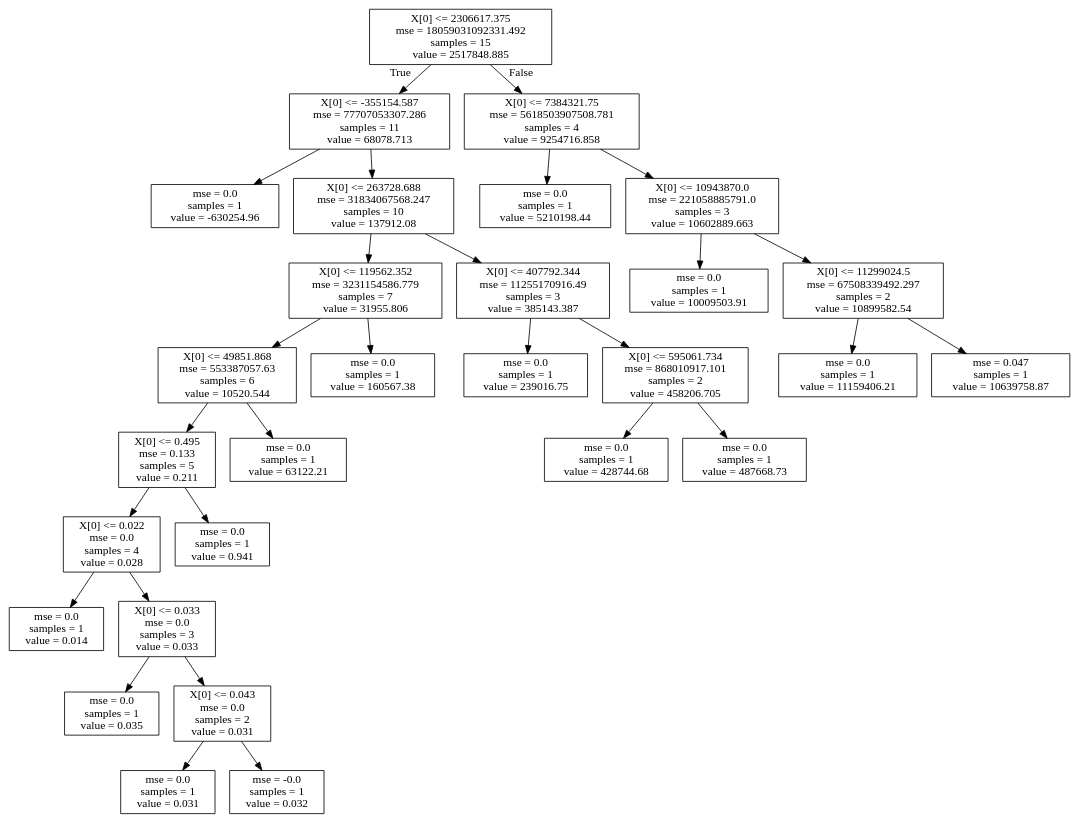
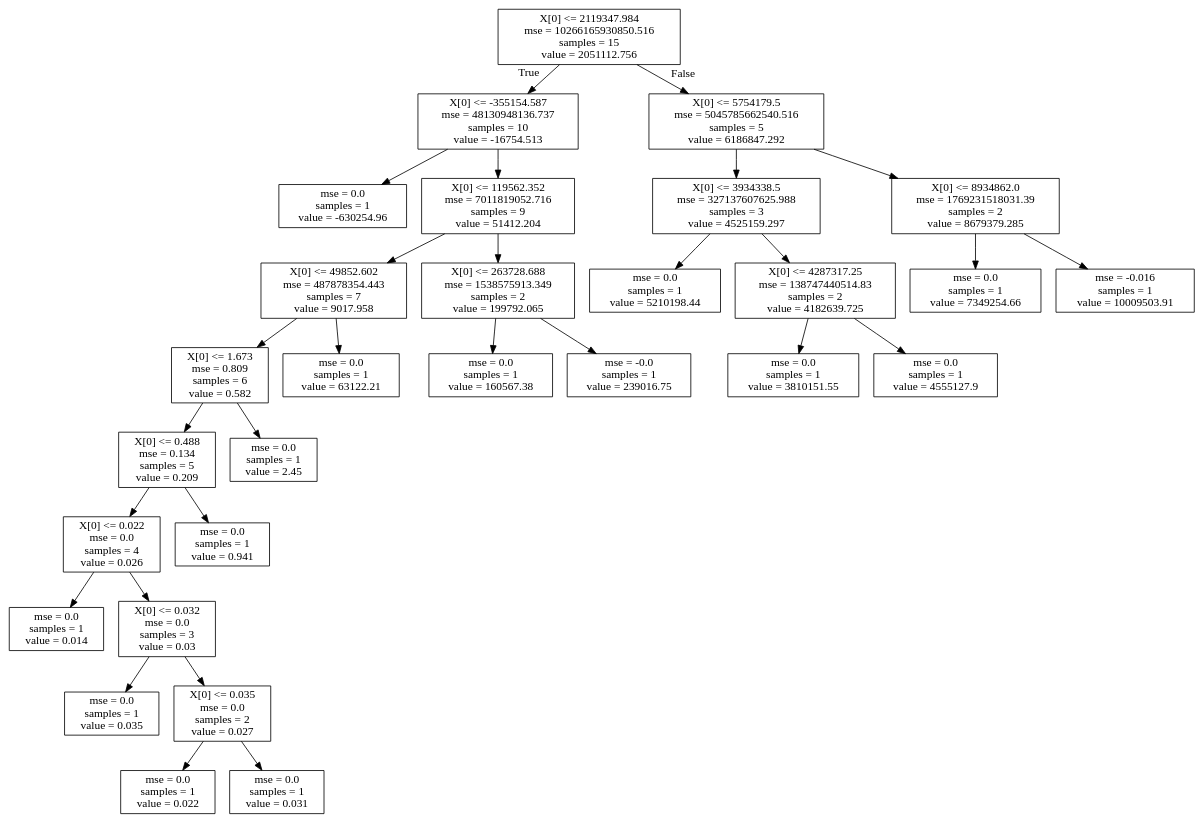
One commit to Dimitrios-Mourtzilas/Business-Strategy changed the diagram in dot_tree.dot. Above: the diagram before and after it, drawn with Graphviz. The commit also changed 6 other files, not shown here.

```diff
--- a/dot_tree.dot
+++ b/dot_tree.dot
@@ -1,60 +1,60 @@
 digraph Tree {
 node [shape=box] ;
-0 [label="X[0] <= 2306617.375\nmse = 18059031092331.492\nsamples = 15\nvalue = 2517848.885"] ;
-1 [label="X[0] <= -355154.587\nmse = 77707053307.286\nsamples = 11\nvalue = 68078.713"] ;
+0 [label="X[0] <= 2119347.984\nmse = 10266165930850.516\nsamples = 15\nvalue = 2051112.756"] ;
+1 [label="X[0] <= -355154.587\nmse = 48130948136.737\nsamples = 10\nvalue = -16754.513"] ;
 0 -> 1 [labeldistance=2.5, labelangle=45, headlabel="True"] ;
 2 [label="mse = 0.0\nsamples = 1\nvalue = -630254.96"] ;
 1 -> 2 ;
-3 [label="X[0] <= 263728.688\nmse = 31834067568.247\nsamples = 10\nvalue = 137912.08"] ;
+3 [label="X[0] <= 119562.352\nmse = 7011819052.716\nsamples = 9\nvalue = 51412.204"] ;
 1 -> 3 ;
-4 [label="X[0] <= 119562.352\nmse = 3231154586.779\nsamples = 7\nvalue = 31955.806"] ;
+4 [label="X[0] <= 49852.602\nmse = 487878354.443\nsamples = 7\nvalue = 9017.958"] ;
 3 -> 4 ;
-5 [label="X[0] <= 49851.868\nmse = 553387057.63\nsamples = 6\nvalue = 10520.544"] ;
+5 [label="X[0] <= 1.673\nmse = 0.809\nsamples = 6\nvalue = 0.582"] ;
 4 -> 5 ;
-6 [label="X[0] <= 0.495\nmse = 0.133\nsamples = 5\nvalue = 0.211"] ;
+6 [label="X[0] <= 0.488\nmse = 0.134\nsamples = 5\nvalue = 0.209"] ;
 5 -> 6 ;
-7 [label="X[0] <= 0.022\nmse = 0.0\nsamples = 4\nvalue = 0.028"] ;
+7 [label="X[0] <= 0.022\nmse = 0.0\nsamples = 4\nvalue = 0.026"] ;
 6 -> 7 ;
 8 [label="mse = 0.0\nsamples = 1\nvalue = 0.014"] ;
 7 -> 8 ;
-9 [label="X[0] <= 0.033\nmse = 0.0\nsamples = 3\nvalue = 0.033"] ;
+9 [label="X[0] <= 0.032\nmse = 0.0\nsamples = 3\nvalue = 0.03"] ;
 7 -> 9 ;
 10 [label="mse = 0.0\nsamples = 1\nvalue = 0.035"] ;
 9 -> 10 ;
-11 [label="X[0] <= 0.043\nmse = 0.0\nsamples = 2\nvalue = 0.031"] ;
+11 [label="X[0] <= 0.035\nmse = 0.0\nsamples = 2\nvalue = 0.027"] ;
 9 -> 11 ;
-12 [label="mse = 0.0\nsamples = 1\nvalue = 0.031"] ;
+12 [label="mse = 0.0\nsamples = 1\nvalue = 0.022"] ;
 11 -> 12 ;
-13 [label="mse = -0.0\nsamples = 1\nvalue = 0.032"] ;
+13 [label="mse = 0.0\nsamples = 1\nvalue = 0.031"] ;
 11 -> 13 ;
 14 [label="mse = 0.0\nsamples = 1\nvalue = 0.941"] ;
 6 -> 14 ;
-15 [label="mse = 0.0\nsamples = 1\nvalue = 63122.21"] ;
+15 [label="mse = 0.0\nsamples = 1\nvalue = 2.45"] ;
 5 -> 15 ;
-16 [label="mse = 0.0\nsamples = 1\nvalue = 160567.38"] ;
+16 [label="mse = 0.0\nsamples = 1\nvalue = 63122.21"] ;
 4 -> 16 ;
-17 [label="X[0] <= 407792.344\nmse = 11255170916.49\nsamples = 3\nvalue = 385143.387"] ;
+17 [label="X[0] <= 263728.688\nmse = 1538575913.349\nsamples = 2\nvalue = 199792.065"] ;
 3 -> 17 ;
-18 [label="mse = 0.0\nsamples = 1\nvalue = 239016.75"] ;
+18 [label="mse = 0.0\nsamples = 1\nvalue = 160567.38"] ;
 17 -> 18 ;
-19 [label="X[0] <= 595061.734\nmse = 868010917.101\nsamples = 2\nvalue = 458206.705"] ;
+19 [label="mse = -0.0\nsamples = 1\nvalue = 239016.75"] ;
 17 -> 19 ;
-20 [label="mse = 0.0\nsamples = 1\nvalue = 428744.68"] ;
-19 -> 20 ;
-21 [label="mse = 0.0\nsamples = 1\nvalue = 487668.73"] ;
-19 -> 21 ;
-22 [label="X[0] <= 7384321.75\nmse = 5618503907508.781\nsamples = 4\nvalue = 9254716.858"] ;
-0 -> 22 [labeldistance=2.5, labelangle=-45, headlabel="False"] ;
-23 [label="mse = 0.0\nsamples = 1\nvalue = 5210198.44"] ;
-22 -> 23 ;
-24 [label="X[0] <= 10943870.0\nmse = 221058885791.0\nsamples = 3\nvalue = 10602889.663"] ;
-22 -> 24 ;
-25 [label="mse = 0.0\nsamples = 1\nvalue = 10009503.91"] ;
-24 -> 25 ;
-26 [label="X[0] <= 11299024.5\nmse = 67508339492.297\nsamples = 2\nvalue = 10899582.54"] ;
-24 -> 26 ;
-27 [label="mse = 0.0\nsamples = 1\nvalue = 11159406.21"] ;
+20 [label="X[0] <= 5754179.5\nmse = 5045785662540.516\nsamples = 5\nvalue = 6186847.292"] ;
+0 -> 20 [labeldistance=2.5, labelangle=-45, headlabel="False"] ;
+21 [label="X[0] <= 3934338.5\nmse = 327137607625.988\nsamples = 3\nvalue = 4525159.297"] ;
+20 -> 21 ;
+22 [label="mse = 0.0\nsamples = 1\nvalue = 5210198.44"] ;
+21 -> 22 ;
+23 [label="X[0] <= 4287317.25\nmse = 138747440514.83\nsamples = 2\nvalue = 4182639.725"] ;
+21 -> 23 ;
+24 [label="mse = 0.0\nsamples = 1\nvalue = 3810151.55"] ;
+23 -> 24 ;
+25 [label="mse = 0.0\nsamples = 1\nvalue = 4555127.9"] ;
+23 -> 25 ;
+26 [label="X[0] <= 8934862.0\nmse = 1769231518031.39\nsamples = 2\nvalue = 8679379.285"] ;
+20 -> 26 ;
+27 [label="mse = 0.0\nsamples = 1\nvalue = 7349254.66"] ;
 26 -> 27 ;
-28 [label="mse = 0.047\nsamples = 1\nvalue = 10639758.87"] ;
+28 [label="mse = -0.016\nsamples = 1\nvalue = 10009503.91"] ;
 26 -> 28 ;
 }
```
